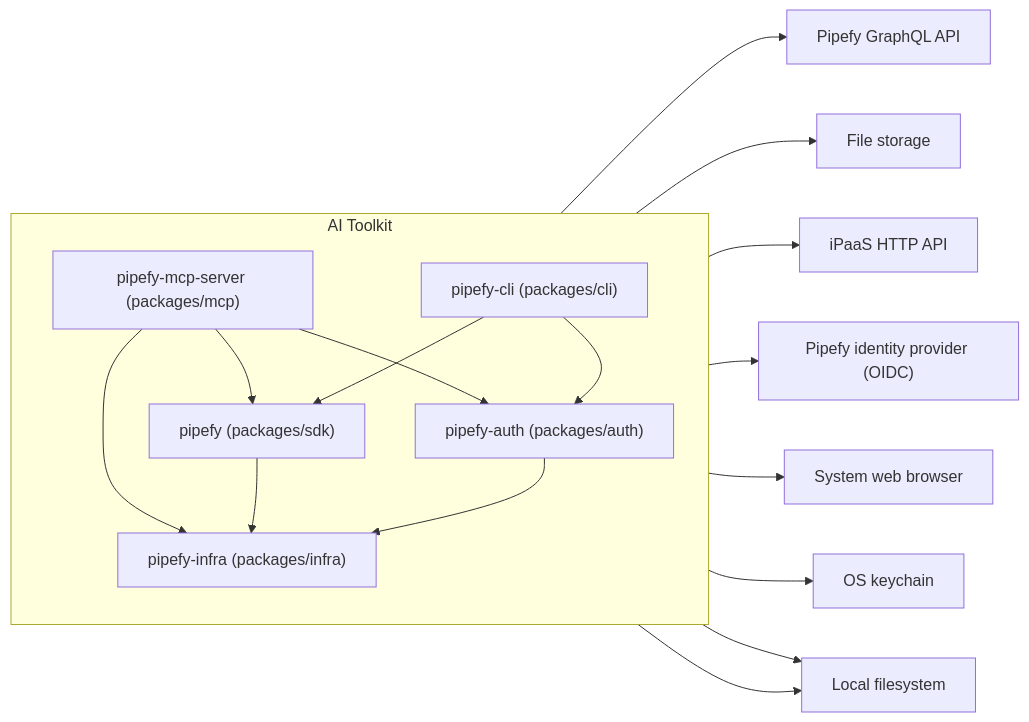
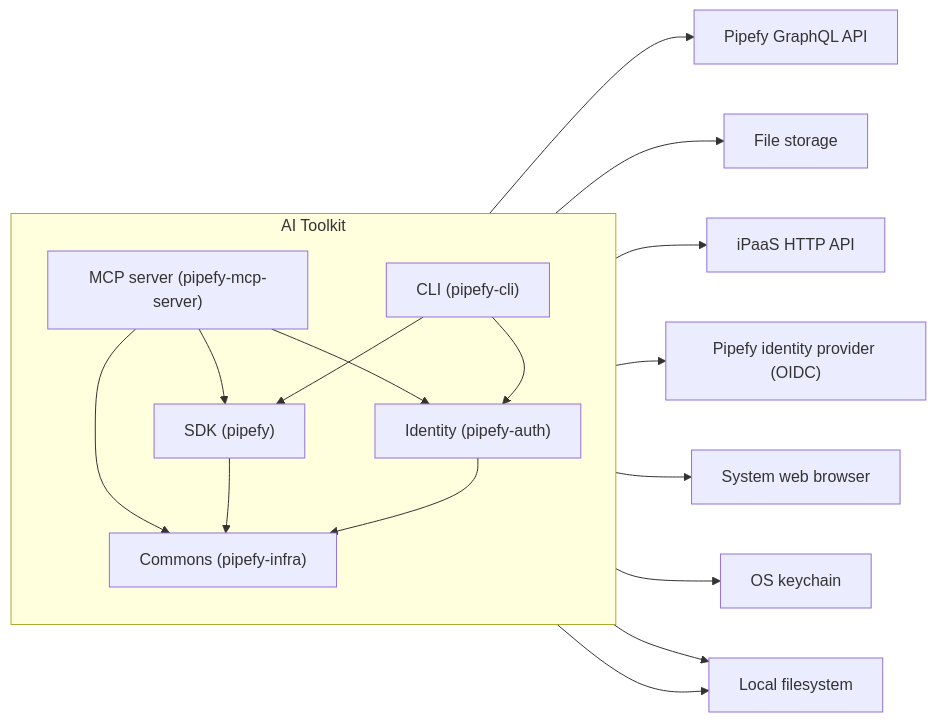
The second of 3 diagrams in docs/contributing/architecture.md (gbrlcustodio/pipefy-mcp-server), drawn with Mermaid before and after one commit. The commit also changed other lines of this file, not shown here.

````diff
--- a/docs/contributing/architecture.md
+++ b/docs/contributing/architecture.md
@@ -170,28 +170,28 @@
 ```mermaid
 flowchart LR
     subgraph toolkit["AI Toolkit"]
         direction TB
-        mcp["pipefy-mcp-server (packages/mcp)"]
-        cli["pipefy-cli (packages/cli)"]
-        sdk["pipefy (packages/sdk)"]
-        auth["pipefy-auth (packages/auth)"]
-        infra["pipefy-infra (packages/infra)"]
+        mcp["MCP server (pipefy-mcp-server)"]
+        cli["CLI (pipefy-cli)"]
+        sdk["SDK (pipefy)"]
+        auth["Identity (pipefy-auth)"]
+        infra["Commons (pipefy-infra)"]
 
         mcp --> sdk
         mcp --> auth
         mcp --> infra
         cli --> sdk
         cli --> auth
         sdk --> infra
         auth --> infra
     end
 
     sdk --> graphql["Pipefy GraphQL API"]
     sdk --> storage["File storage"]
     mcp --> ipaas["iPaaS HTTP API"]
     auth --> idp["Pipefy identity provider (OIDC)"]
     auth --> browser["System web browser"]
     auth --> keychain["OS keychain"]
     auth --> files["Local filesystem"]
     infra --> files
 ```
````
